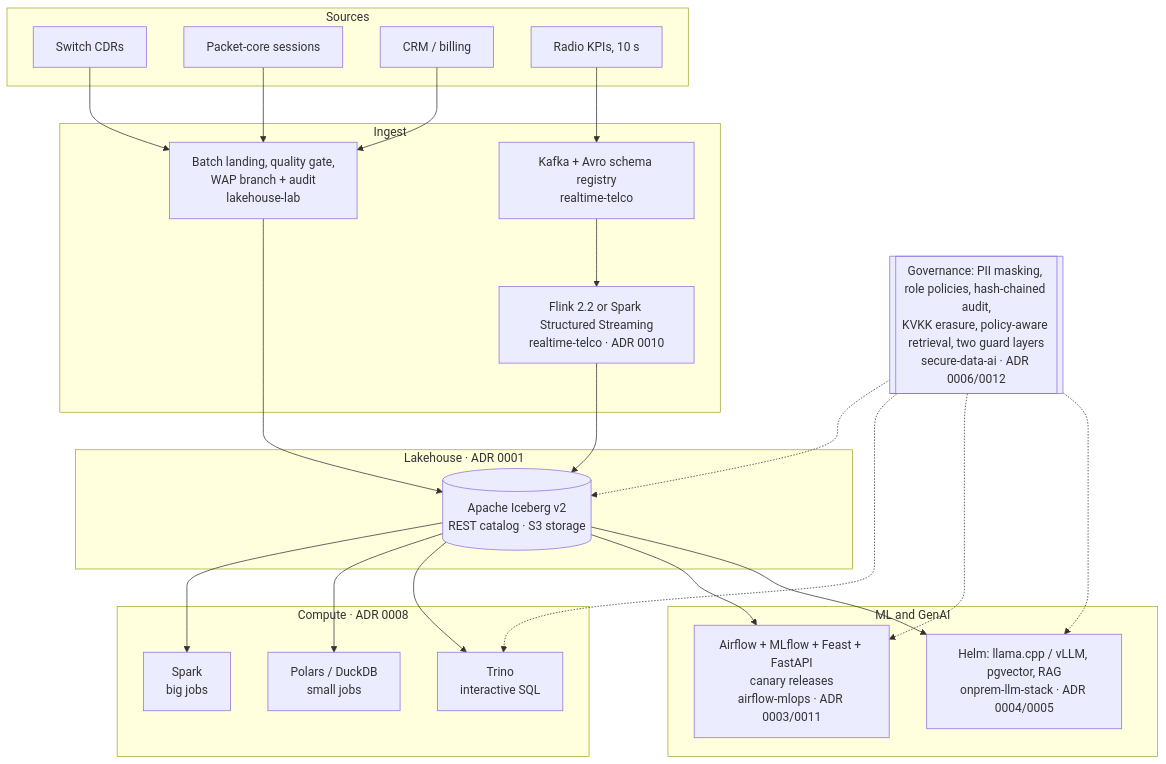
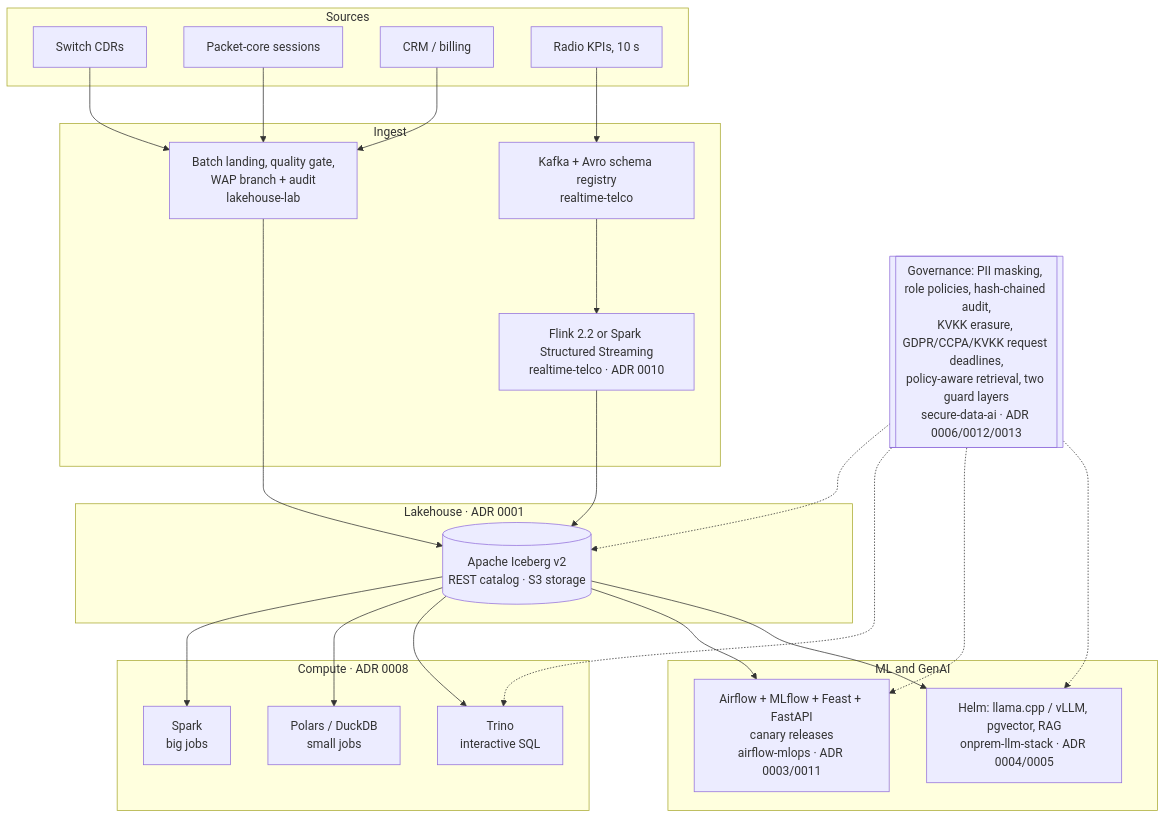
One commit to masterfabric/masterfabric-data-architecture-adr changed the first of 6 diagrams in docs/architecture.md. Above: the diagram before and after it, drawn with Mermaid. The commit also changed other lines of this file and 5 other files, not shown here.

Commit message:
diagrams: data-subject request flow (architecture 5), request deadlines in platform, C4 and Cloudera views

````diff
--- a/docs/architecture.md
+++ b/docs/architecture.md
@@ -10,34 +10,34 @@
 ```mermaid
 flowchart TB
   subgraph SRC[Sources]
     CDR[Switch CDRs]
     PC[Packet-core sessions]
     CRM[CRM / billing]
     KPI[Radio KPIs, 10 s]
   end
   subgraph ING[Ingest]
     K[Kafka + Avro schema registry<br/>realtime-telco] --> SS[Flink 2.2 or Spark Structured Streaming<br/>realtime-telco · ADR 0010]
     B[Batch landing, quality gate,<br/>WAP branch + audit<br/>lakehouse-lab]
   end
   subgraph LH[Lakehouse · ADR 0001]
     ICE[(Apache Iceberg v2<br/>REST catalog · S3 storage)]
   end
   subgraph CMP[Compute · ADR 0008]
     SP[Spark<br/>big jobs]
     PL[Polars / DuckDB<br/>small jobs]
     TR[Trino<br/>interactive SQL]
   end
   subgraph AI[ML and GenAI]
     ML[Airflow + MLflow + Feast + FastAPI<br/>canary releases<br/>airflow-mlops · ADR 0003/0011]
     LLM[Helm: llama.cpp / vLLM, pgvector, RAG<br/>onprem-llm-stack · ADR 0004/0005]
   end
-  GOV[[Governance: PII masking, role policies, hash-chained audit,<br/>KVKK erasure, policy-aware retrieval, two guard layers<br/>secure-data-ai · ADR 0006/0012]]
+  GOV[[Governance: PII masking, role policies, hash-chained audit,<br/>KVKK erasure, GDPR/CCPA/KVKK request deadlines,<br/>policy-aware retrieval, two guard layers<br/>secure-data-ai · ADR 0006/0012/0013]]
   KPI --> K
   CDR & PC & CRM --> B
   SS --> ICE
   B --> ICE
   ICE --> SP & PL & TR
   ICE --> ML
   ICE --> LLM
   GOV -.-> ICE & TR & ML & LLM
 ```
````
